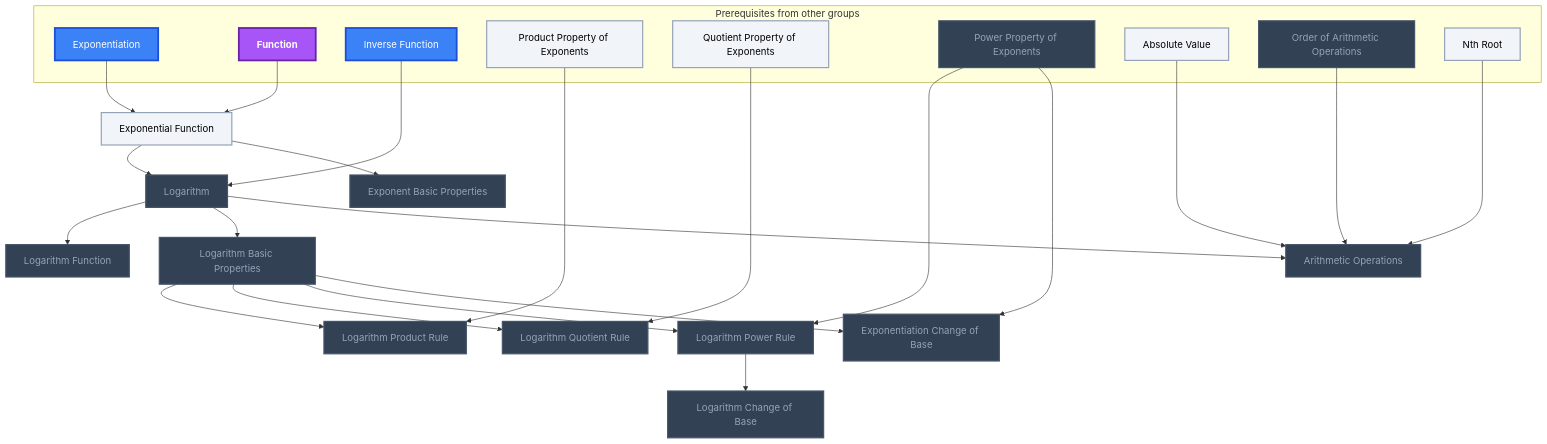
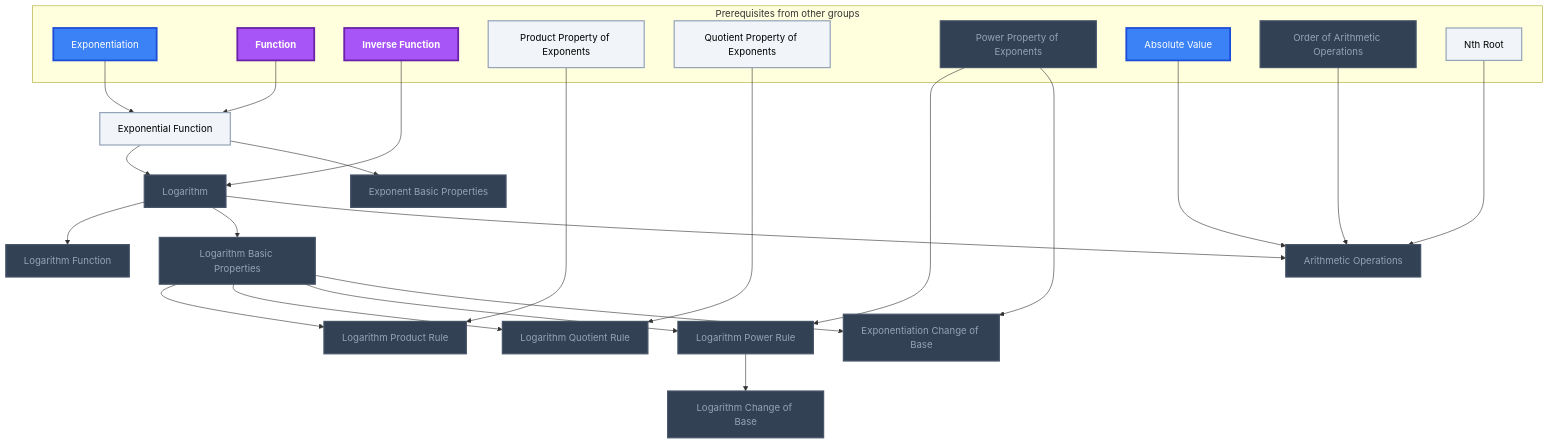
The sixth of 11 diagrams in Gamification/Skill Trees/Pre-Calculus.md (MRauf1/My-Notes), drawn with Mermaid before and after one commit. The commit also changed other lines of this file and 57 other files, not shown here.

````diff
--- a/Gamification/Skill Trees/Pre-Calculus.md
+++ b/Gamification/Skill Trees/Pre-Calculus.md
@@ -449,59 +449,59 @@
 ```mermaid
 flowchart TD
     classDef planned fill:#1E293B,stroke:#64748B,stroke-width:2px,stroke-dasharray:5 5,color:#94A3B8;
     classDef locked fill:#334155,stroke:#475569,stroke-width:2px,color:#94A3B8;
     classDef L0 fill:#F1F5F9,stroke:#94A3B8,stroke-width:2px,color:#000000;
     classDef L1 fill:#22C55E,stroke:#15803D,stroke-width:2px,color:#000000;
     classDef L2 fill:#3B82F6,stroke:#1D4ED8,stroke-width:3px,color:#FFFFFF;
     classDef L3 fill:#A855F7,stroke:#6B21A8,stroke-width:3px,color:#FFFFFF,font-weight:bold;
     classDef L4 fill:#F97316,stroke:#C2410C,stroke-width:4px,color:#000000,font-weight:bold;
     classDef L5 fill:#FFD700,stroke:#FF8C00,stroke-width:5px,color:#000000,font-weight:bold;
     classDef rusty stroke:#8B4513,stroke-width:4px,stroke-dasharray:3 3;
     subgraph sg_prereqs["Prerequisites from other groups"]
         n_exponentiation["Exponentiation"]
         n_function["Function"]
         n_inverse_function["Inverse Function"]
         n_product_property_of_exponents["Product Property of Exponents"]
         n_quotient_property_of_exponents["Quotient Property of Exponents"]
         n_power_property_of_exponents["Power Property of Exponents"]
         n_absolute_value["Absolute Value"]
         n_order_of_arithmetic_operations["Order of Arithmetic Operations"]
         n_nth_root["Nth Root"]
     end
     n_exponential_function["Exponential Function"]
     n_logarithm["Logarithm"]
     n_logarithm_function["Logarithm Function"]
     n_logarithm_basic_properties["Logarithm Basic Properties"]
     n_exponent_basic_properties["Exponent Basic Properties"]
     n_logarithm_product_rule["Logarithm Product Rule"]
     n_logarithm_quotient_rule["Logarithm Quotient Rule"]
     n_logarithm_power_rule["Logarithm Power Rule"]
     n_exponentiation_change_of_base["Exponentiation Change of Base"]
     n_logarithm_change_of_base["Logarithm Change of Base"]
     n_arithmetic_operations["Arithmetic Operations"]
     n_exponentiation --> n_exponential_function
     n_function --> n_exponential_function
     n_inverse_function --> n_logarithm
     n_exponential_function --> n_logarithm
     n_logarithm --> n_logarithm_function
     n_logarithm --> n_logarithm_basic_properties
     n_exponential_function --> n_exponent_basic_properties
     n_product_property_of_exponents --> n_logarithm_product_rule
     n_logarithm_basic_properties --> n_logarithm_product_rule
     n_quotient_property_of_exponents --> n_logarithm_quotient_rule
     n_logarithm_basic_properties --> n_logarithm_quotient_rule
     n_power_property_of_exponents --> n_logarithm_power_rule
     n_logarithm_basic_properties --> n_logarithm_power_rule
     n_power_property_of_exponents --> n_exponentiation_change_of_base
     n_logarithm_basic_properties --> n_exponentiation_change_of_base
     n_logarithm_power_rule --> n_logarithm_change_of_base
     n_absolute_value --> n_arithmetic_operations
     n_order_of_arithmetic_operations --> n_arithmetic_operations
     n_nth_root --> n_arithmetic_operations
     n_logarithm --> n_arithmetic_operations
     class n_power_property_of_exponents,n_order_of_arithmetic_operations,n_logarithm,n_logarithm_function,n_logarithm_basic_properties,n_exponent_basic_properties,n_logarithm_product_rule,n_logarithm_quotient_rule,n_logarithm_power_rule,n_exponentiation_change_of_base,n_logarithm_change_of_base,n_arithmetic_operations locked;
-    class n_product_property_of_exponents,n_quotient_property_of_exponents,n_absolute_value,n_nth_root,n_exponential_function L0;
-    class n_exponentiation,n_inverse_function L2;
-    class n_function L3;
+    class n_product_property_of_exponents,n_quotient_property_of_exponents,n_nth_root,n_exponential_function L0;
+    class n_exponentiation,n_absolute_value L2;
+    class n_function,n_inverse_function L3;
     class n_exponentiation,n_function,n_inverse_function,n_product_property_of_exponents,n_quotient_property_of_exponents,n_power_property_of_exponents,n_absolute_value,n_order_of_arithmetic_operations,n_nth_root,n_exponential_function,n_logarithm,n_logarithm_function,n_logarithm_basic_properties,n_exponent_basic_properties,n_logarithm_product_rule,n_logarithm_quotient_rule,n_logarithm_power_rule,n_exponentiation_change_of_base,n_logarithm_change_of_base,n_arithmetic_operations internal-link;
 ```
````
